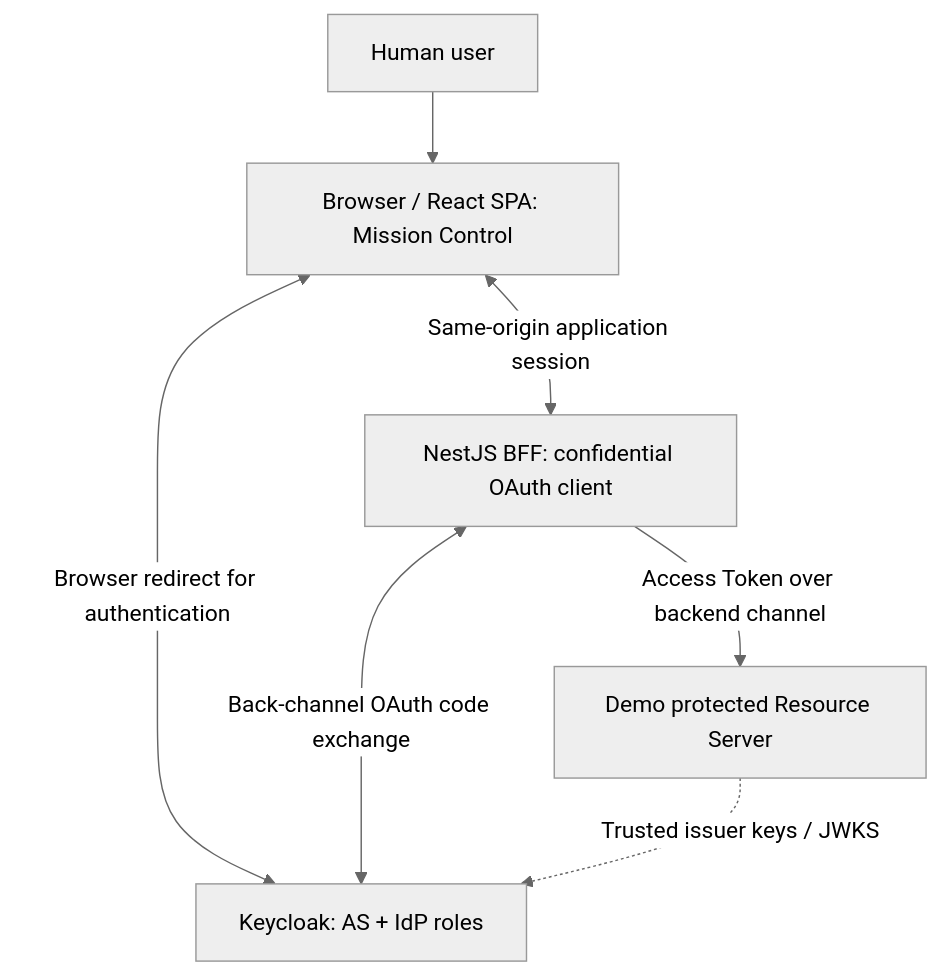
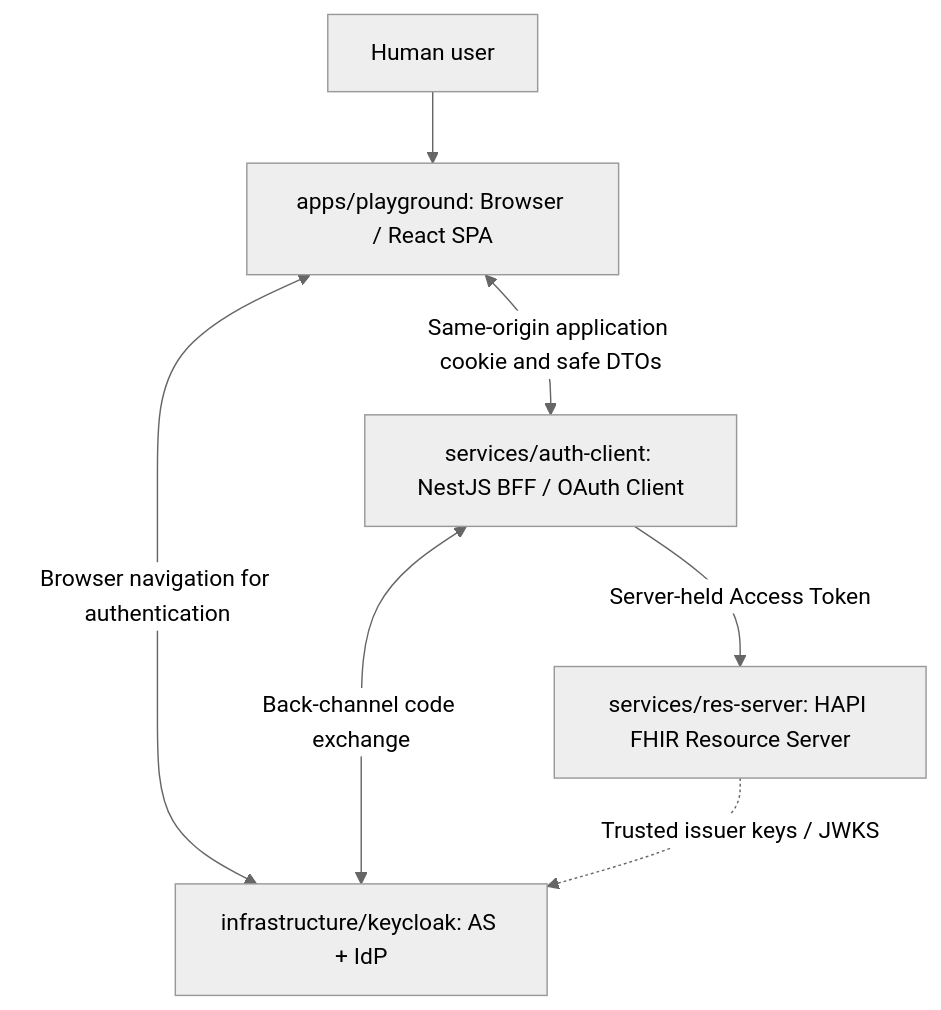
The first of 2 diagrams in docs/architecture/system-context.md (AhmetCavus/epa-lab), drawn with Mermaid (neutral theme) before and after one commit. The commit also changed other lines of this file and 7 other files, not shown here.

````diff
--- a/docs/architecture/system-context.md
+++ b/docs/architecture/system-context.md
@@ -7,9 +22,9 @@
 ```mermaid
 flowchart TB
-  H[Human user] --> SPA[Browser / React SPA: Mission Control]
-  SPA <-->|Same-origin application session| BFF[NestJS BFF: confidential OAuth client]
-  SPA <-->|Browser redirect for authentication| KC[Keycloak: AS + IdP roles]
-  BFF <-->|Back-channel OAuth code exchange| KC
-  BFF -->|Access Token over backend channel| API[Demo protected Resource Server]
-  API -.->|Trusted issuer keys / JWKS| KC
+  H[Human user] --> SPA[apps/playground: Browser / React SPA]
+  SPA <-->|Same-origin application cookie and safe DTOs| BFF[services/auth-client: NestJS BFF / OAuth Client]
+  SPA <-->|Browser navigation for authentication| KC[infrastructure/keycloak: AS + IdP]
+  BFF <-->|Back-channel code exchange| KC
+  BFF -->|Server-held Access Token| RS[services/res-server: HAPI FHIR Resource Server]
+  RS -.->|Trusted issuer keys / JWKS| KC
 ```
````
